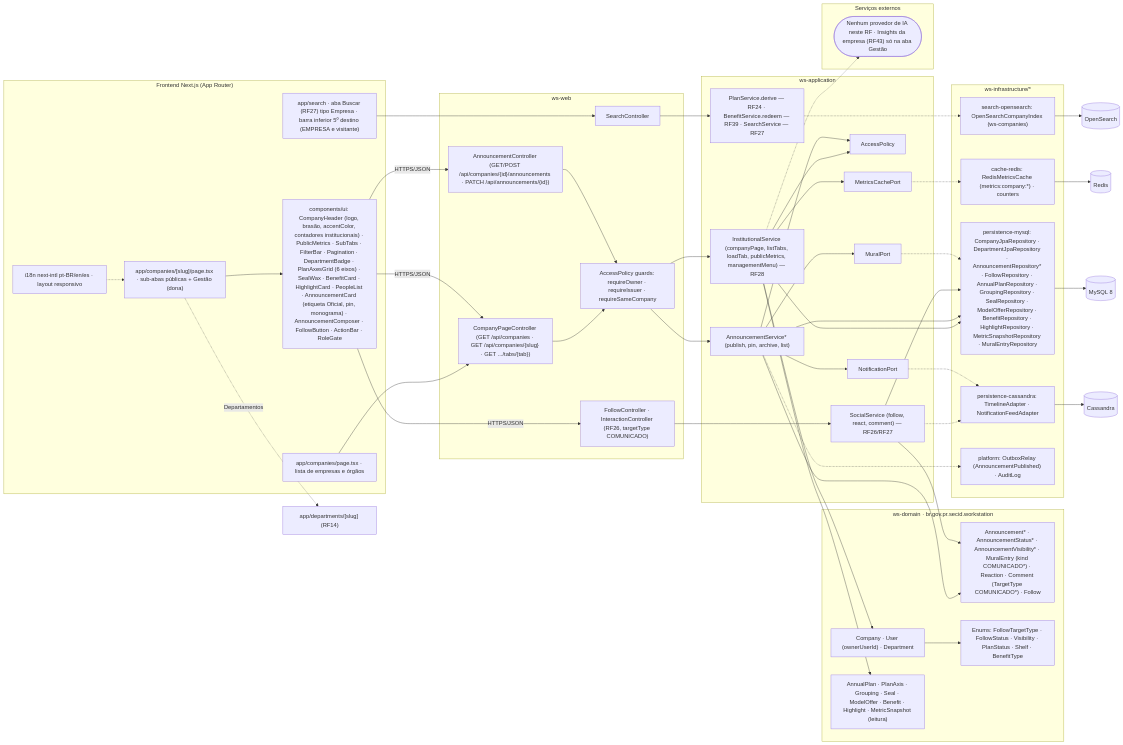
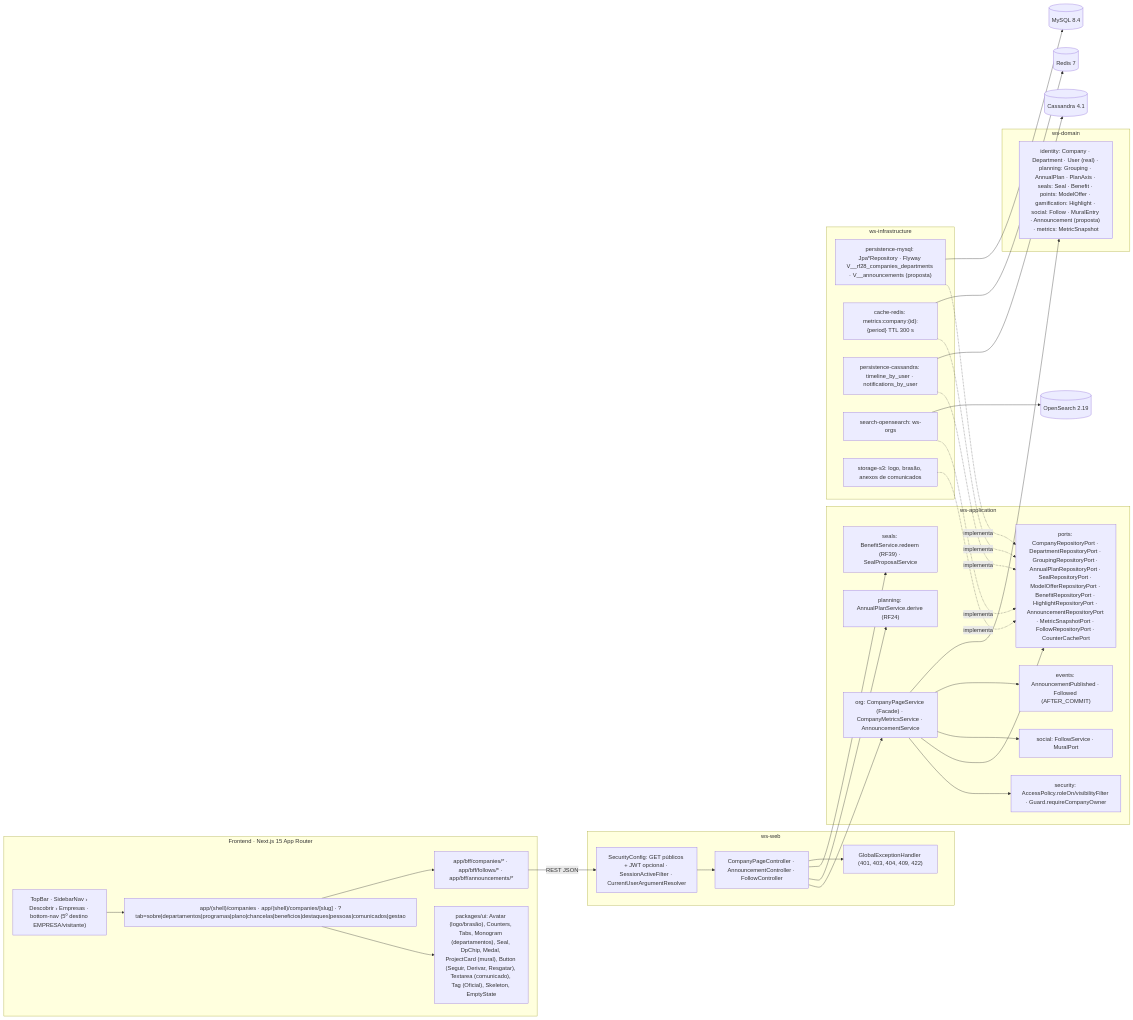
The fifth of 5 diagrams in docs/diagramas/RF15/README.md (MatheusHaliski/Decia-app-2026), drawn with Mermaid before and after one commit. The commit also changed other lines of this file and 4 other files, not shown here.

First line of the commit message:
docs(diagramas): reescreve RF11–RF15 (estúdio do card, editar esquema, gerar artefato, página do departamento, página da empresa)

````diff
--- a/docs/diagramas/RF15/README.md
+++ b/docs/diagramas/RF15/README.md
@@ -511,87 +484,55 @@
 ```mermaid
 flowchart LR
-  subgraph FE["Frontend Next.js (App Router)"]
-    F1["app/companies/page.tsx · lista de empresas e órgãos"]
-    F2["app/companies/[slug]/page.tsx · sub-abas públicas + Gestão (dona)"]
-    F3["app/search · aba Buscar (RF27) tipo Empresa · barra inferior 5º destino (EMPRESA e visitante)"]
-    F4["components/ui: CompanyHeader (logo, brasão, accentColor, contadores institucionais) · PublicMetrics · SubTabs · FilterBar · Pagination · DepartmentBadge · PlanAxesGrid (6 eixos) · SealWax · BenefitCard · HighlightCard · PeopleList · AnnouncementCard (etiqueta Oficial, pin, monograma) · AnnouncementComposer · FollowButton · ActionBar · RoleGate"]
-    F5["i18n next-intl pt-BR/en/es · layout responsivo"]
+  subgraph FE["Frontend · Next.js 15 App Router"]
+    PG["app/(shell)/companies · app/(shell)/companies/[slug] · ?tab=sobre|departamentos|programas|plano|chancelas|beneficios|destaques|pessoas|comunicados|gestao"]
+    UI["packages/ui: Avatar (logo/brasão), Counters, Tabs, Monogram (departamentos), Seal, DpChip, Medal, ProjectCard (mural), Button (Seguir, Derivar, Resgatar), Textarea (comunicado), Tag (Oficial), Skeleton, EmptyState"]
+    SN["TopBar · SidebarNav › Descobrir › Empresas · bottom-nav (5º destino EMPRESA/visitante)"]
+    BFF["app/bff/companies/* · app/bff/follows/* · app/bff/announcements/*"]
+    PG --> UI
+    PG --> BFF
+    SN --> PG
+  end
+  subgraph WSWEB["ws-web"]
+    SEC["SecurityConfig: GET públicos + JWT opcional · SessionActiveFilter · CurrentUserArgumentResolver"]
+    CC["CompanyPageController · AnnouncementController · FollowController"]
+    GEH["GlobalExceptionHandler (401, 403, 404, 409, 422)"]
+  end
+  subgraph WSAPP["ws-application"]
+    CP["org: CompanyPageService (Facade) · CompanyMetricsService · AnnouncementService"]
+    SOC["social: FollowService · MuralPort"]
+    PLN["planning: AnnualPlanService.derive (RF24)"]
+    SEAL["seals: BenefitService.redeem (RF39) · SealProposalService"]
+    SECU["security: AccessPolicy.roleOn/visibilityFilter · Guard.requireCompanyOwner"]
+    PORTS["ports: CompanyRepositoryPort · DepartmentRepositoryPort · GroupingRepositoryPort · AnnualPlanRepositoryPort · SealRepositoryPort · ModelOfferRepositoryPort · BenefitRepositoryPort · HighlightRepositoryPort · AnnouncementRepositoryPort · MetricSnapshotPort · FollowRepositoryPort · CounterCachePort"]
+    EVT["events: AnnouncementPublished · Followed (AFTER_COMMIT)"]
+    CP --> SECU
+    CP --> PORTS
+    CP --> SOC
+    CP --> EVT
+  end
+  subgraph WSDOM["ws-domain"]
+    DOM["identity: Company · Department · User (real) · planning: Grouping · AnnualPlan · PlanAxis · seals: Seal · Benefit · points: ModelOffer · gamification: Highlight · social: Follow · MuralEntry · Announcement (proposta) · metrics: MetricSnapshot"]
+  end
+  subgraph INFRA["ws-infrastructure"]
+    MY["persistence-mysql: Jpa*Repository · Flyway V__rf28_companies_departments · V__announcements (proposta)"]
+    RDS["cache-redis: metrics:company:{id}:{period} TTL 300 s"]
+    CAS["persistence-cassandra: timeline_by_user · notifications_by_user"]
+    OSE["search-opensearch: ws-orgs"]
+    S3["storage-s3: logo, brasão, anexos de comunicados"]
   end
 
-  subgraph WEB["ws-web"]
-    C1["CompanyPageController (GET /api/companies · GET /api/companies/{slug} · GET .../tabs/{tab})"]
-    C2["AnnouncementController (GET/POST /api/companies/{id}/announcements · PATCH /api/announcements/{id})"]
-    C3["FollowController · InteractionController (RF26, targetType COMUNICADO)"]
-    C4["SearchController"]
-    C5["AccessPolicy guards: requireOwner · requireIssuer · requireSameCompany"]
-  end
-
-  subgraph APP["ws-application"]
-    S1["InstitutionalService (companyPage, listTabs, loadTab, publicMetrics, managementMenu) — RF28"]
-    S2["AnnouncementService* (publish, pin, archive, list)"]
-    S3["SocialService (follow, react, comment) — RF26/RF27"]
-    S4["PlanService.derive — RF24 · BenefitService.redeem — RF39 · SearchService — RF27"]
-    S5["AccessPolicy"]
-    P1["MetricsCachePort"]
-    P2["MuralPort"]
-    P3["NotificationPort"]
-  end
-
-  subgraph DOM["ws-domain · br.gov.pr.secid.workstation"]
-    D1["Company · User (ownerUserId) · Department"]
-    D2["Announcement* · AnnouncementStatus* · AnnouncementVisibility* · MuralEntry (kind COMUNICADO*) · Reaction · Comment (TargetType COMUNICADO*) · Follow"]
-    D3["AnnualPlan · PlanAxis · Grouping · Seal · ModelOffer · Benefit · Highlight · MetricSnapshot (leitura)"]
-    D4["Enums: FollowTargetType · FollowStatus · Visibility · PlanStatus · Shelf · BenefitType"]
-  end
-
-  subgraph INFRA["ws-infrastructure/*"]
-    I1["persistence-mysql: CompanyJpaRepository · DepartmentJpaRepository · AnnouncementRepository* · FollowRepository · AnnualPlanRepository · GroupingRepository · SealRepository · ModelOfferRepository · BenefitRepository · HighlightRepository · MetricSnapshotRepository · MuralEntryRepository"]
-    I2["cache-redis: RedisMetricsCache (metrics:company:*) · counters"]
-    I3["search-opensearch: OpenSearchCompanyIndex (ws-companies)"]
-    I4["persistence-cassandra: TimelineAdapter · NotificationFeedAdapter"]
-    I5["platform: OutboxRelay (AnnouncementPublished) · AuditLog"]
-  end
-
-  subgraph EXT["Serviços externos"]
-    X1(["Nenhum provedor de IA neste RF · Insights da empresa (RF43) só na aba Gestão"])
-  end
-
-  MY[("MySQL 8")]
-  RD[("Redis")]
-  OS[("OpenSearch")]
-  CA[("Cassandra")]
-
-  F1 --> C1
-  F3 --> C4
-  F2 --> F4
-  F5 -.-> F2
-  F4 -->|"HTTPS/JSON"| C1 --> C5 --> S1
-  F4 -->|"HTTPS/JSON"| C2 --> C5 --> S2
-  F4 -->|"HTTPS/JSON"| C3 --> S3
-  C4 --> S4
-  F2 -. "Departamentos" .-> RF14["app/departments/[slug] (RF14)"]
-  S1 --> S5
-  S2 --> S5
-  S1 --> P1
-  S2 --> P2
-  S2 --> P3
-  S1 --> D1
-  S1 --> D3
-  S2 --> D2
-  S3 --> D2
-  D1 --> D4
-  S1 --> I1
-  S2 --> I1
-  S3 --> I1
-  S3 -.-> I4
-  P1 -.-> I2
-  P2 -.-> I1
-  P3 -.-> I4
-  S2 -.-> I5
-  S4 -.-> I3
-  I1 --> MY
-  I2 --> RD
-  I3 --> OS
-  I4 --> CA
-  S1 -.-> X1
+  BFF -->|"REST JSON"| SEC --> CC --> CP
+  CC --> PLN
+  CC --> SEAL
+  CC --> GEH
+  MY -.implementa.-> PORTS
+  RDS -.implementa.-> PORTS
+  CAS -.implementa.-> PORTS
+  OSE -.implementa.-> PORTS
+  S3 -.implementa.-> PORTS
+  CP --> DOM
+  MY --> DB[("MySQL 8.4")]
+  RDS --> RD[("Redis 7")]
+  CAS --> CDB[("Cassandra 4.1")]
+  OSE --> OSX[("OpenSearch 2.19")]
 ```
````
